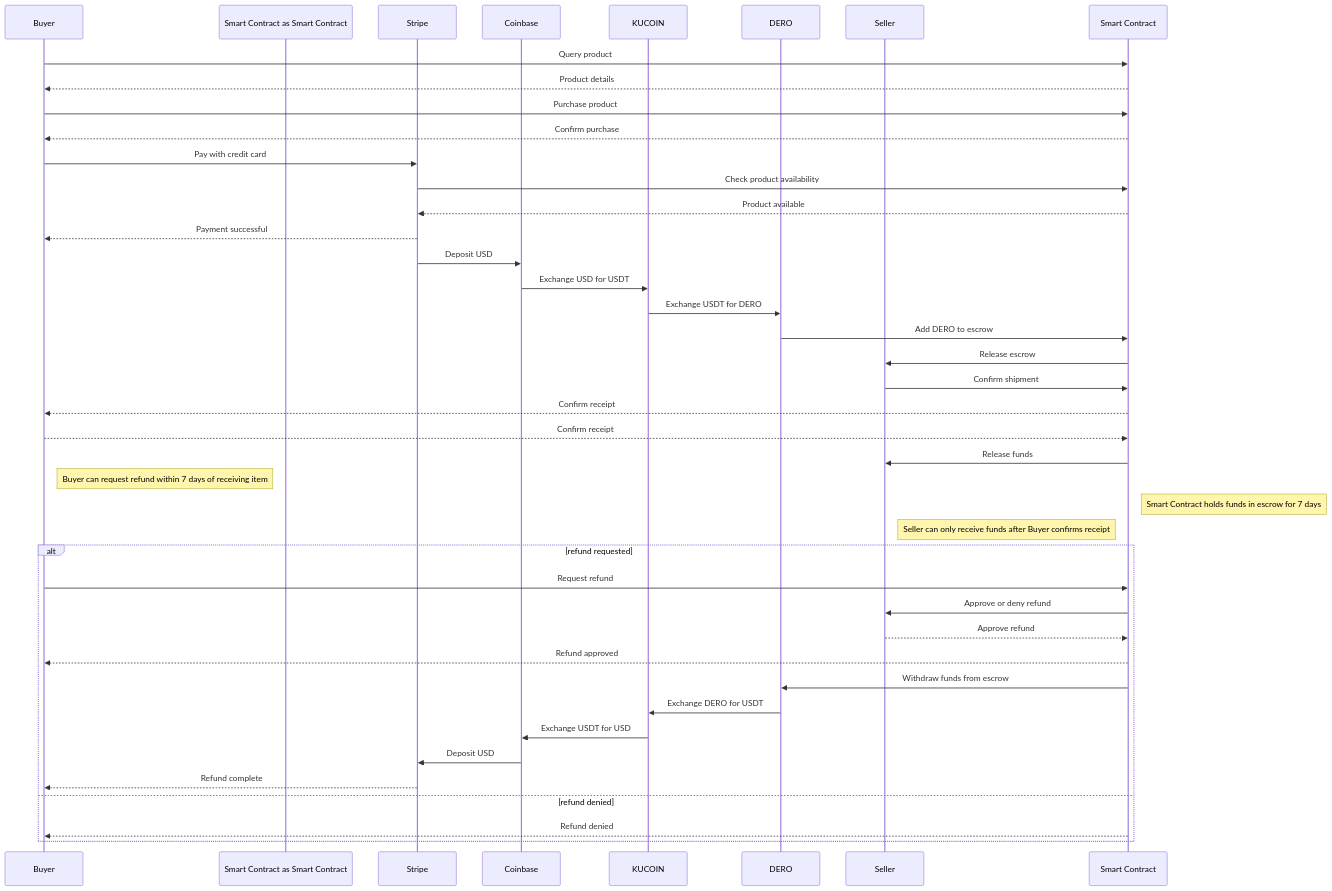
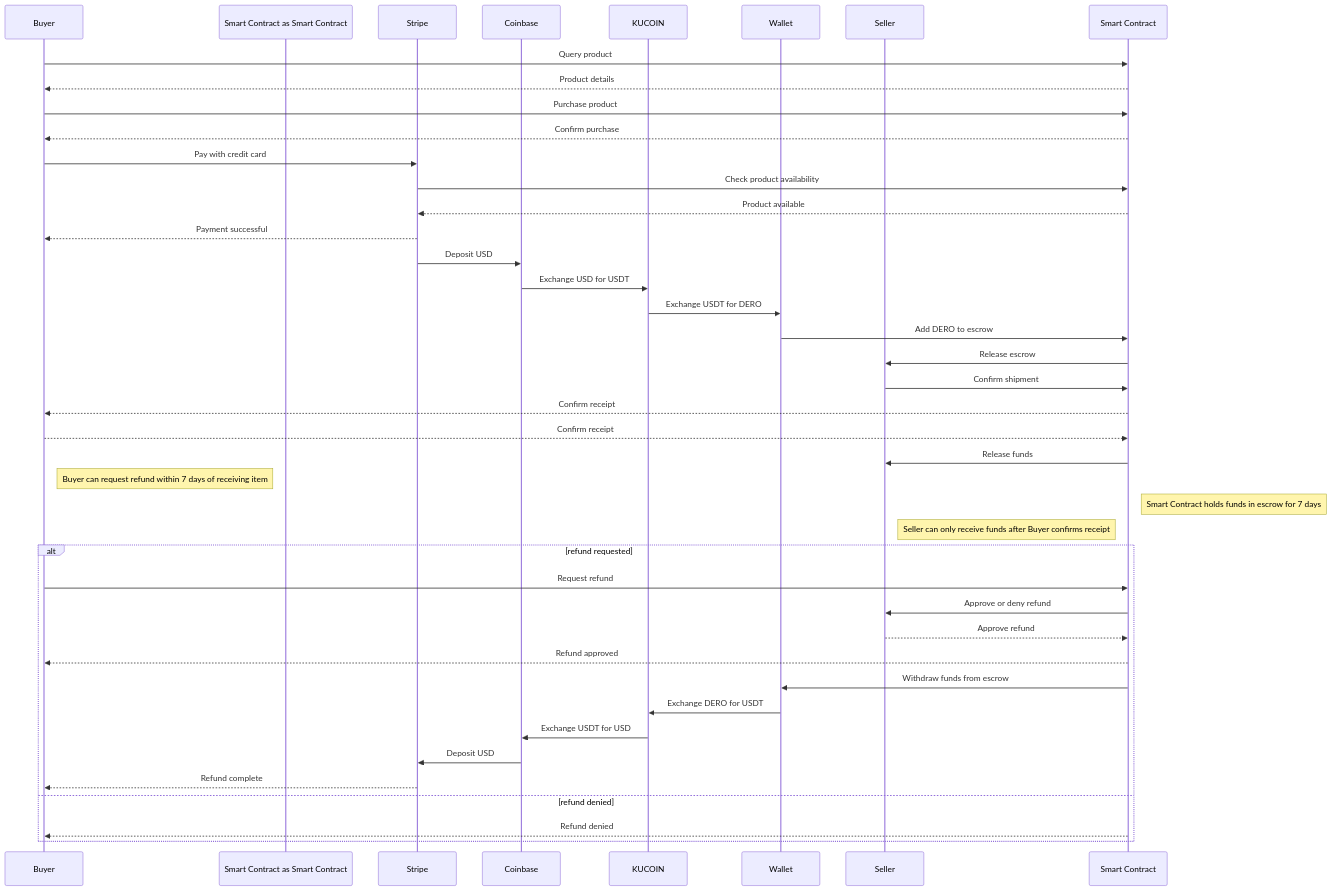
Before and after one commit to secretnamebasis/Scratch: the diagram in sequenceDiagram.md, drawn with Mermaid.

````diff
--- a/sequenceDiagram.md
+++ b/sequenceDiagram.md
@@ -1,47 +1,47 @@
 ```mermaid 
 sequenceDiagram
 participant Buyer as Buyer
 participant Smart Contract as Smart Contract
 participant Stripe as Stripe
 participant Coinbase as Coinbase
 participant KUCOIN as KUCOIN
-participant DERO as DERO
+participant Wallet as Wallet
 participant Seller as Seller
 
 Buyer->>Smart Contract: Query product
 Smart Contract-->>Buyer: Product details
 Buyer->>Smart Contract: Purchase product
 Smart Contract-->>Buyer: Confirm purchase
 Buyer->>Stripe: Pay with credit card
 Stripe->>Smart Contract: Check product availability
 Smart Contract-->>Stripe: Product available
 Stripe-->>Buyer: Payment successful
 Stripe->>Coinbase: Deposit USD
 Coinbase->>KUCOIN: Exchange USD for USDT
-KUCOIN->>DERO: Exchange USDT for DERO
-DERO->>Smart Contract: Add DERO to escrow
+KUCOIN->>Wallet: Exchange USDT for DERO
+Wallet->>Smart Contract: Add DERO to escrow
 Smart Contract->>Seller: Release escrow
 Seller->>Smart Contract: Confirm shipment
 Smart Contract-->>Buyer: Confirm receipt
 Buyer-->>Smart Contract: Confirm receipt
 Smart Contract->>Seller: Release funds
 
 Note right of Buyer: Buyer can request refund within 7 days of receiving item
 Note right of Smart Contract: Smart Contract holds funds in escrow for 7 days
 Note right of Seller: Seller can only receive funds after Buyer confirms receipt
 
 alt refund requested
     Buyer->>Smart Contract: Request refund
     Smart Contract->>Seller: Approve or deny refund
     Seller-->>Smart Contract: Approve refund
     Smart Contract-->>Buyer: Refund approved
-    Smart Contract->>DERO: Withdraw funds from escrow
-    DERO->>KUCOIN: Exchange DERO for USDT
+    Smart Contract->>Wallet: Withdraw funds from escrow
+    Wallet->>KUCOIN: Exchange DERO for USDT
     KUCOIN->>Coinbase: Exchange USDT for USD
     Coinbase->>Stripe: Deposit USD
     Stripe-->>Buyer: Refund complete
 else refund denied
     Smart Contract-->>Buyer: Refund denied
 end
 
 ```
````
